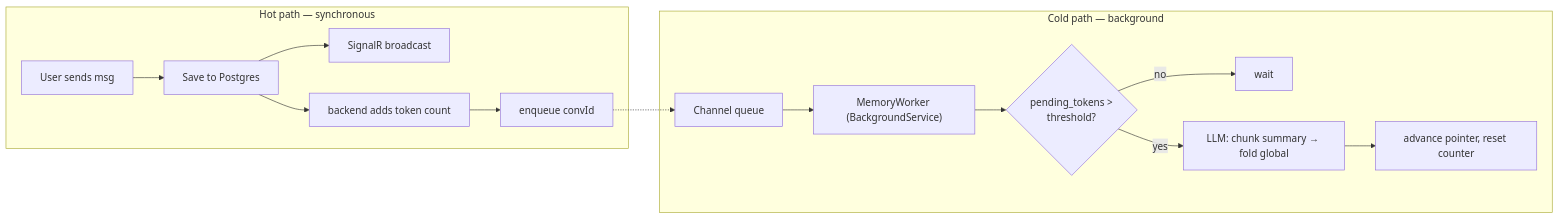
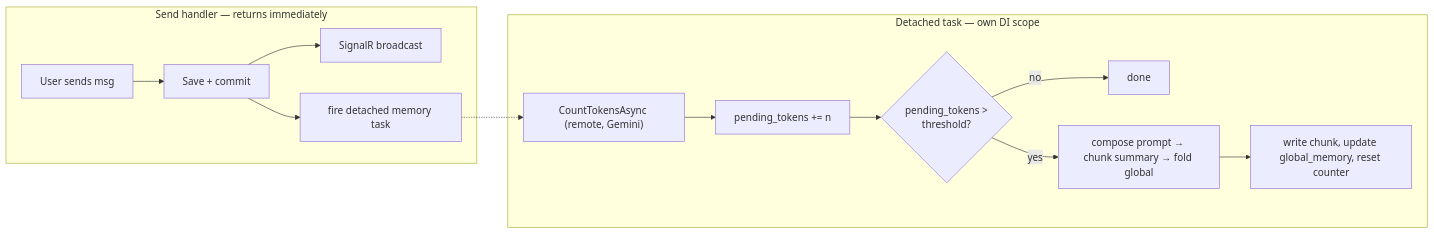
One commit to phanxuanquang/jetomax-assignment changed the fourth of 6 diagrams in docs/backend-system-design-and-architecture.md. Above: the diagram before and after it, drawn with Mermaid. The commit also changed other lines of this file, not shown here.

````diff
--- a/docs/backend-system-design-and-architecture.md
+++ b/docs/backend-system-design-and-architecture.md
@@ -242,17 +257,16 @@
 ```mermaid
 flowchart LR
-    subgraph Hot["Hot path — synchronous"]
-        Msg["User sends msg"] --> Save["Save to Postgres"]
+    subgraph Send["Send handler — returns immediately"]
+        Msg["User sends msg"] --> Save["Save + commit"]
         Save --> BC["SignalR broadcast"]
-        Save --> Cnt["backend adds token count"]
-        Cnt --> Enq["enqueue convId"]
+        Save --> Fire["fire detached memory task"]
     end
-    subgraph Cold["Cold path — background"]
-        Enq -.-> Q["Channel<Guid> queue"]
-        Q --> Wk["MemoryWorker (BackgroundService)"]
-        Wk --> Chk{"pending_tokens ><br/>threshold?"}
-        Chk -->|no| Wait["wait"]
-        Chk -->|yes| Sum["LLM: chunk summary → fold global"]
-        Sum --> Adv["advance pointer, reset counter"]
+    subgraph Detached["Detached task — own DI scope"]
+        Fire -.-> Count["CountTokensAsync (remote, Gemini)"]
+        Count --> Add["pending_tokens += n"]
+        Add --> Chk{"pending_tokens ><br/>threshold?"}
+        Chk -->|no| Stop["done"]
+        Chk -->|yes| Sum["compose prompt → chunk summary → fold global"]
+        Sum --> Adv["write chunk, update global_memory, reset counter"]
     end
 ```
````
